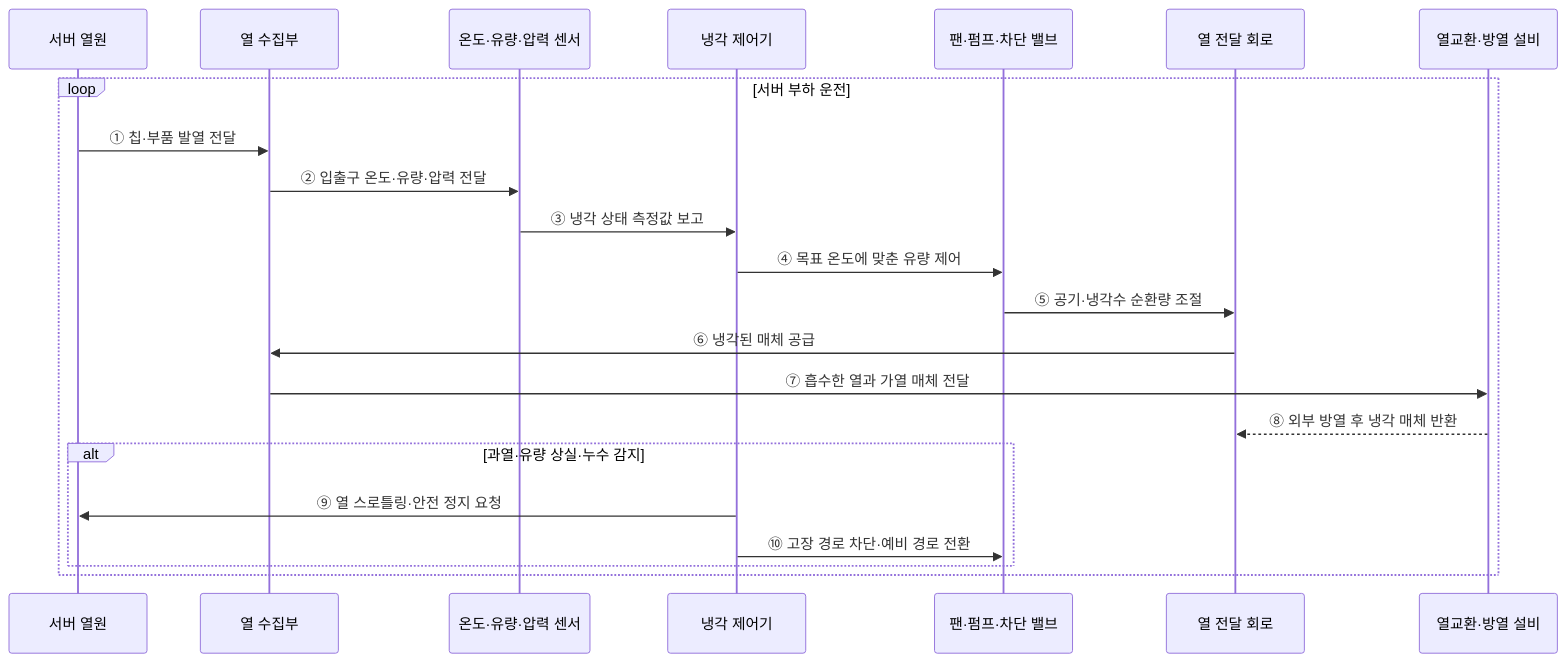
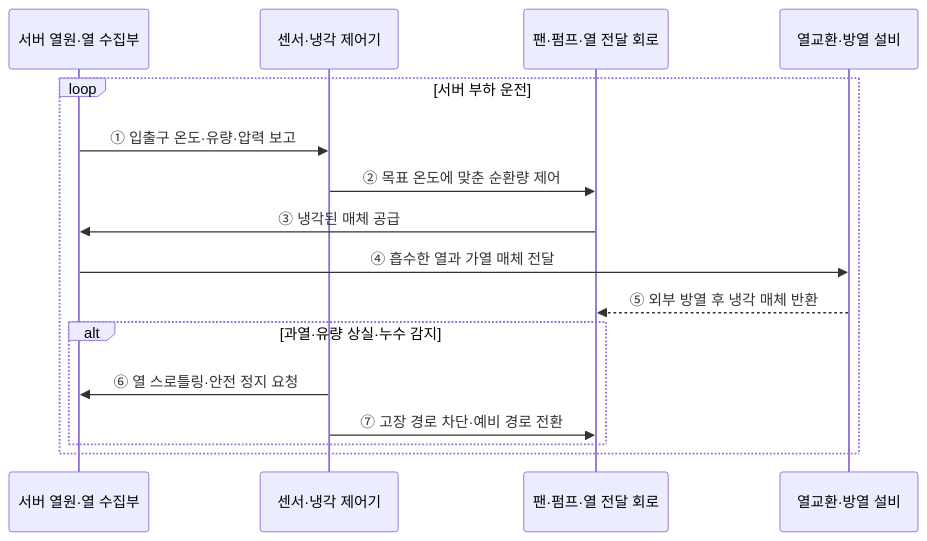
Before and after one commit to agnusdei1207/knowledge-base: the second of 2 diagrams in src/content/docs/notes/02-hardware/057_cooling_system.md, drawn with Mermaid. The commit also changed other lines of this file and 20 other files, not shown here.

````diff
--- a/src/content/docs/notes/02-hardware/057_cooling_system.md
+++ b/src/content/docs/notes/02-hardware/057_cooling_system.md
@@ -93,25 +84,19 @@
 ```mermaid
 sequenceDiagram
-    participant H as 서버 열원
-    participant C as 열 수집부
-    participant S as 온도·유량·압력 센서
-    participant M as 냉각 제어기
-    participant P as 팬·펌프·차단 밸브
-    participant T as 열 전달 회로
+    participant H as 서버 열원·열 수집부
+    participant M as 센서·냉각 제어기
+    participant P as 팬·펌프·열 전달 회로
     participant X as 열교환·방열 설비
 
     loop 서버 부하 운전
-        H->>C: ① 칩·부품 발열 전달
-        C->>S: ② 입출구 온도·유량·압력 전달
-        S->>M: ③ 냉각 상태 측정값 보고
-        M->>P: ④ 목표 온도에 맞춘 유량 제어
-        P->>T: ⑤ 공기·냉각수 순환량 조절
-        T->>C: ⑥ 냉각된 매체 공급
-        C->>X: ⑦ 흡수한 열과 가열 매체 전달
-        X-->>T: ⑧ 외부 방열 후 냉각 매체 반환
+        H->>M: ① 입출구 온도·유량·압력 보고
+        M->>P: ② 목표 온도에 맞춘 순환량 제어
+        P->>H: ③ 냉각된 매체 공급
+        H->>X: ④ 흡수한 열과 가열 매체 전달
+        X-->>P: ⑤ 외부 방열 후 냉각 매체 반환
         alt 과열·유량 상실·누수 감지
-            M->>H: ⑨ 열 스로틀링·안전 정지 요청
-            M->>P: ⑩ 고장 경로 차단·예비 경로 전환
+            M->>H: ⑥ 열 스로틀링·안전 정지 요청
+            M->>P: ⑦ 고장 경로 차단·예비 경로 전환
         end
     end
 ```
````
